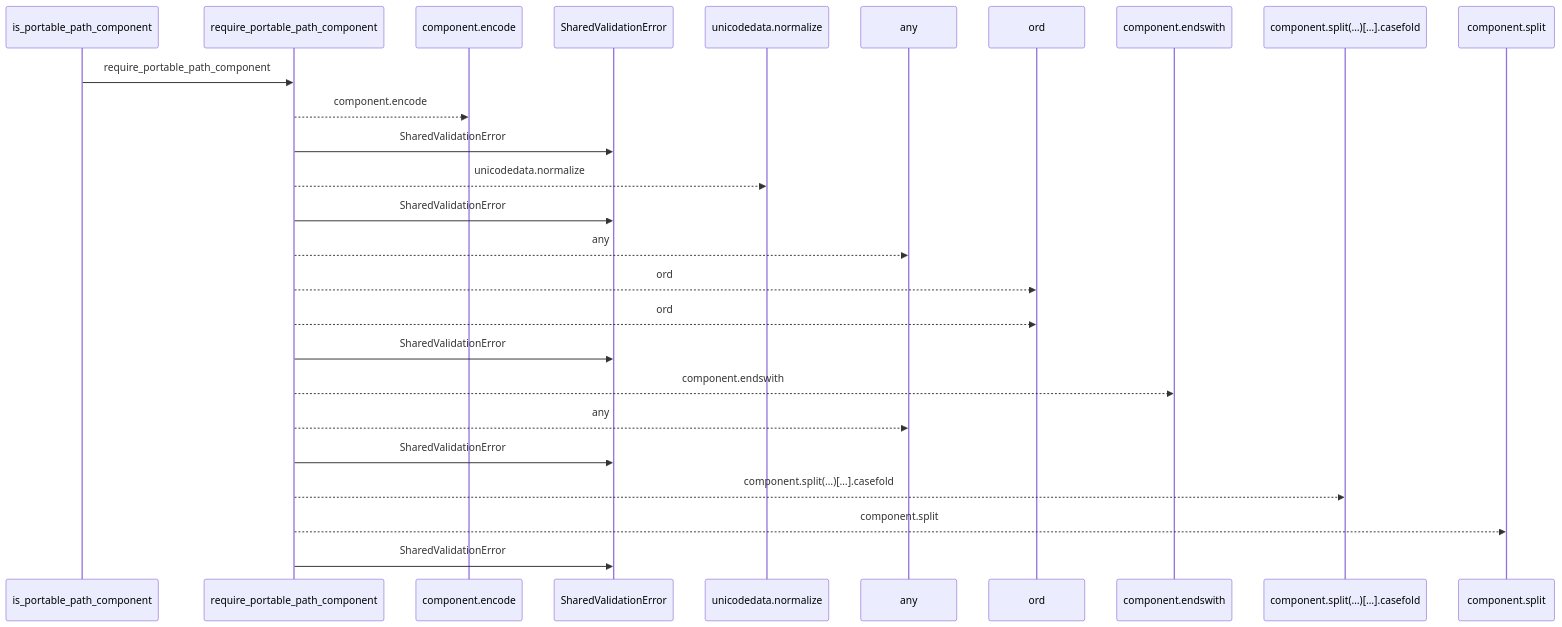
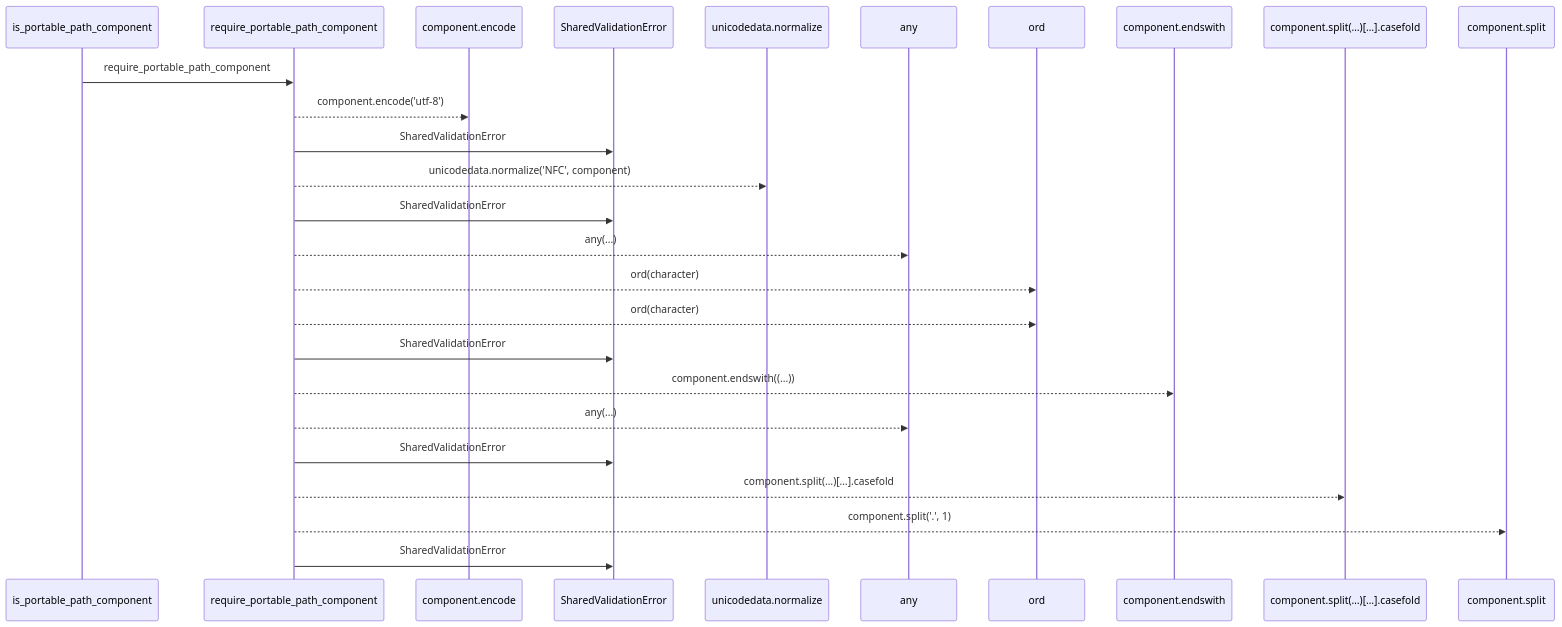
Before and after one commit to Denissvgn/python-wiki-llm: the first of 2 diagrams in docs/llm_wiki/flows/api-is_portable_path_component.md, drawn with Mermaid. The commit also changed other lines of this file and 1410 other files, not shown here.

````diff
--- a/docs/llm_wiki/flows/api-is_portable_path_component.md
+++ b/docs/llm_wiki/flows/api-is_portable_path_component.md
@@ -10,28 +12,28 @@
 ```mermaid
 sequenceDiagram
     participant p0 as is_portable_path_component
     participant p1 as require_portable_path_component
     participant p2 as component.encode
     participant p3 as SharedValidationError
     participant p4 as unicodedata.normalize
     participant p5 as any
     participant p6 as ord
     participant p7 as component.endswith
     participant p8 as component.split(…)[…].casefold
     participant p9 as component.split
     p0->>p1: require_portable_path_component
-    p1-->>p2: component.encode
+    p1-->>p2: component.encode('utf-8')
     p1->>p3: SharedValidationError
-    p1-->>p4: unicodedata.normalize
+    p1-->>p4: unicodedata.normalize('NFC', component)
     p1->>p3: SharedValidationError
-    p1-->>p5: any
-    p1-->>p6: ord
-    p1-->>p6: ord
+    p1-->>p5: any(...)
+    p1-->>p6: ord(character)
+    p1-->>p6: ord(character)
     p1->>p3: SharedValidationError
-    p1-->>p7: component.endswith
-    p1-->>p5: any
+    p1-->>p7: component.endswith((...))
+    p1-->>p5: any(...)
     p1->>p3: SharedValidationError
     p1-->>p8: component.split(…)[…].casefold
-    p1-->>p9: component.split
+    p1-->>p9: component.split('.', 1)
     p1->>p3: SharedValidationError
 ```
````
